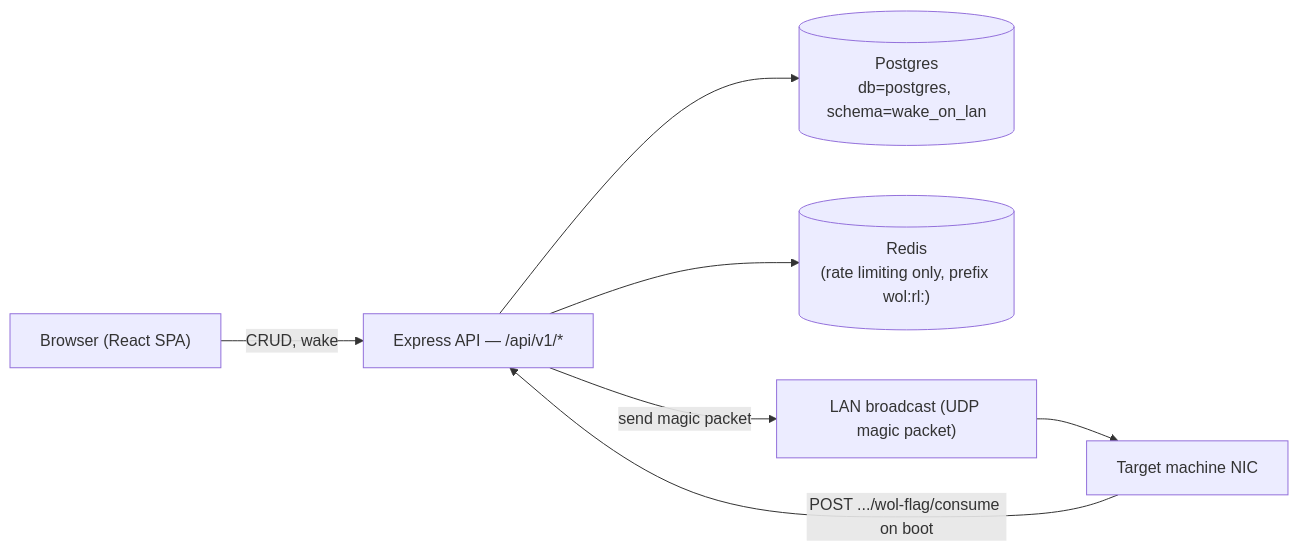
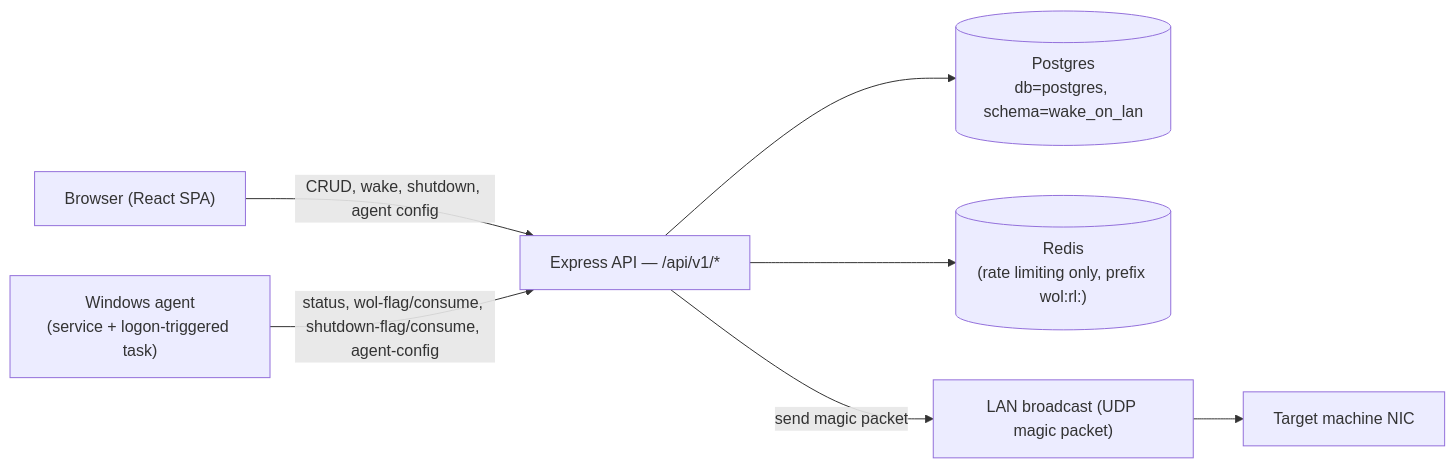
The diagram in CLAUDE.md (katjes733/wake-on-lan), drawn with Mermaid before and after one commit. The commit also changed other lines of this file and 47 other files, not shown here.

First line of the commit message:
feat: agent status and remote shutdown (#5)

````diff
--- a/CLAUDE.md
+++ b/CLAUDE.md
@@ -90,15 +96,16 @@
 ```mermaid
 flowchart LR
     Browser["Browser (React SPA)"]
     API["Express API — /api/v1/*"]
     PG[("Postgres\ndb=postgres, schema=wake_on_lan")]
     Redis[("Redis\n(rate limiting only, prefix wol:rl:)")]
     LAN["LAN broadcast (UDP magic packet)"]
     Target["Target machine NIC"]
+    Agent["Windows agent\n(service + logon-triggered task)"]
 
-    Browser -->|CRUD, wake| API
+    Browser -->|CRUD, wake, shutdown, agent config| API
     API --> PG
     API --> Redis
     API -->|send magic packet| LAN --> Target
-    Target -->|POST .../wol-flag/consume on boot| API
+    Agent -->|status, wol-flag/consume, shutdown-flag/consume, agent-config| API
 ```
````
